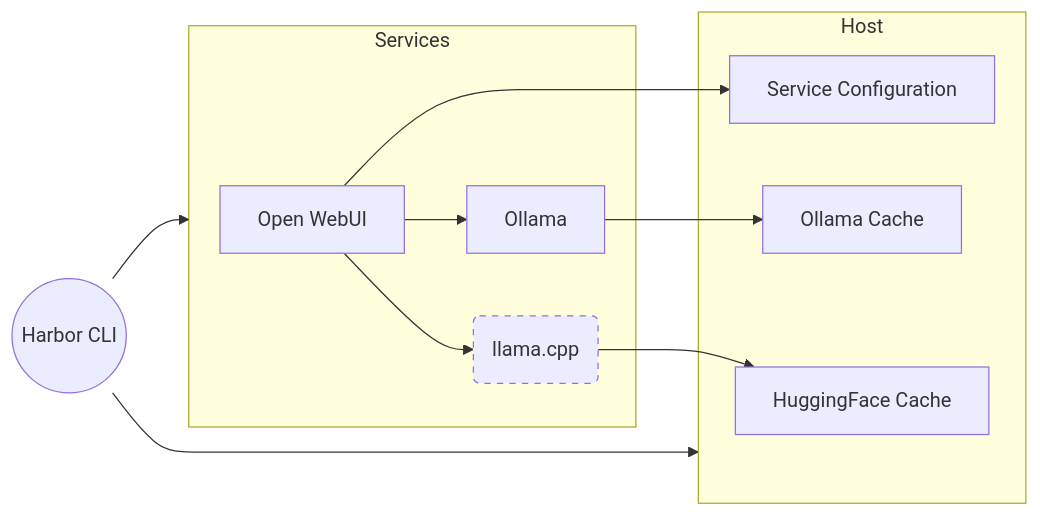
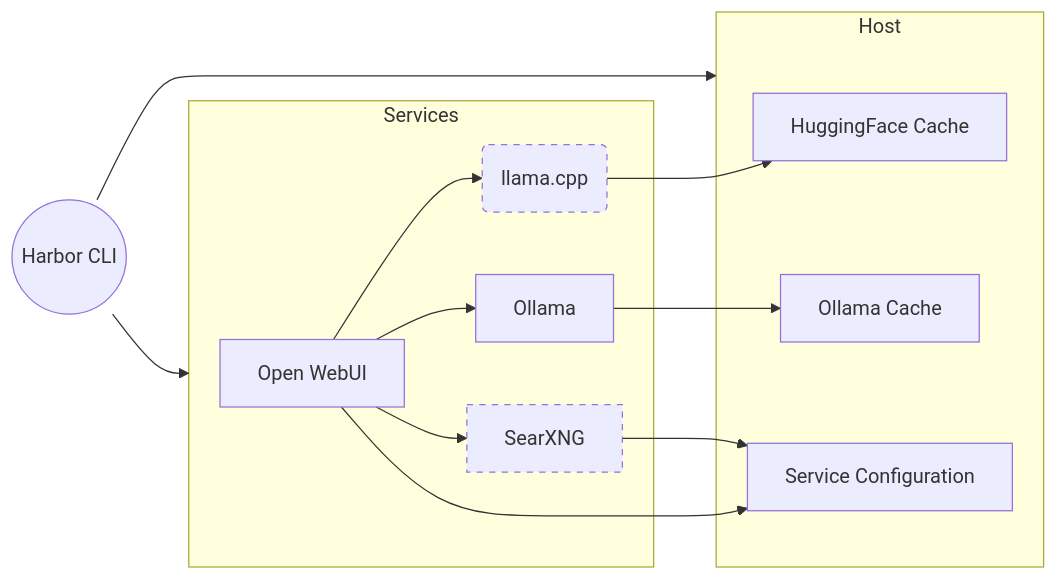
Before and after one commit to SamuelDevdas/harbor: the diagram in README.md, drawn with Mermaid. The commit also changed other lines of this file and 2 other files, not shown here.

Commit message:
fix: using curl format for .http files for greater interop, adding searxng to service diagram

````diff
--- a/README.md
+++ b/README.md
@@ -48,38 +48,43 @@
 ```mermaid
 graph LR
     HFCache[HuggingFace Cache]
     OCache[Ollama Cache]
     SConfig[Service Configuration]
 
     H((Harbor CLI))
 
     Webui[Open WebUI]
     Ollama[Ollama]
     LlamaCPP(llama.cpp)
+    SearXNG[SearXNG]
 
     subgraph "Host"
         HFCache
         OCache
         SConfig
     end
 
     subgraph "Services"
       Webui
       Ollama
       LlamaCPP
+      SearXNG
     end
 
     Webui --> SConfig
     Webui --> Ollama
     Ollama --> OCache
 
     Webui --> LlamaCPP
     LlamaCPP --> HFCache
 
+    Webui --> SearXNG
+    SearXNG --> SConfig
 
     H --> Services
     H --> Host
 
     classDef optional stroke-dasharray: 5, 5;
     class LlamaCPP optional
+    class SearXNG optional
 ```
````
